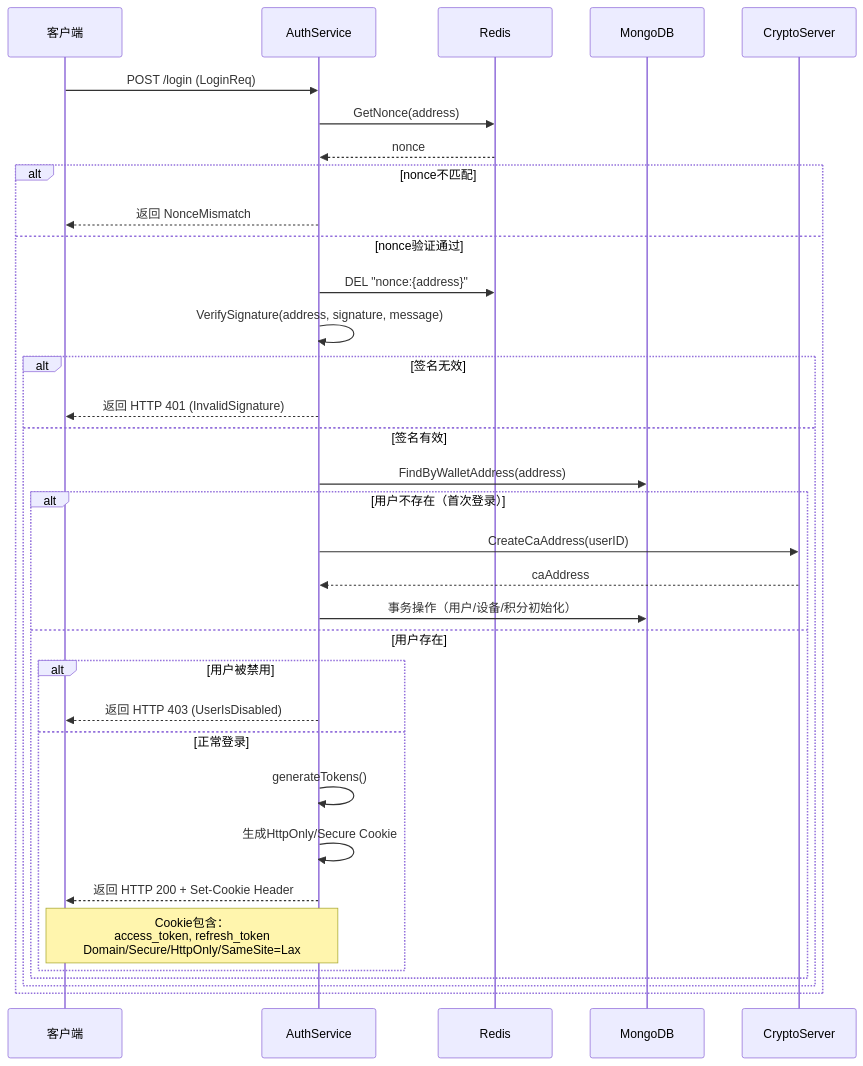
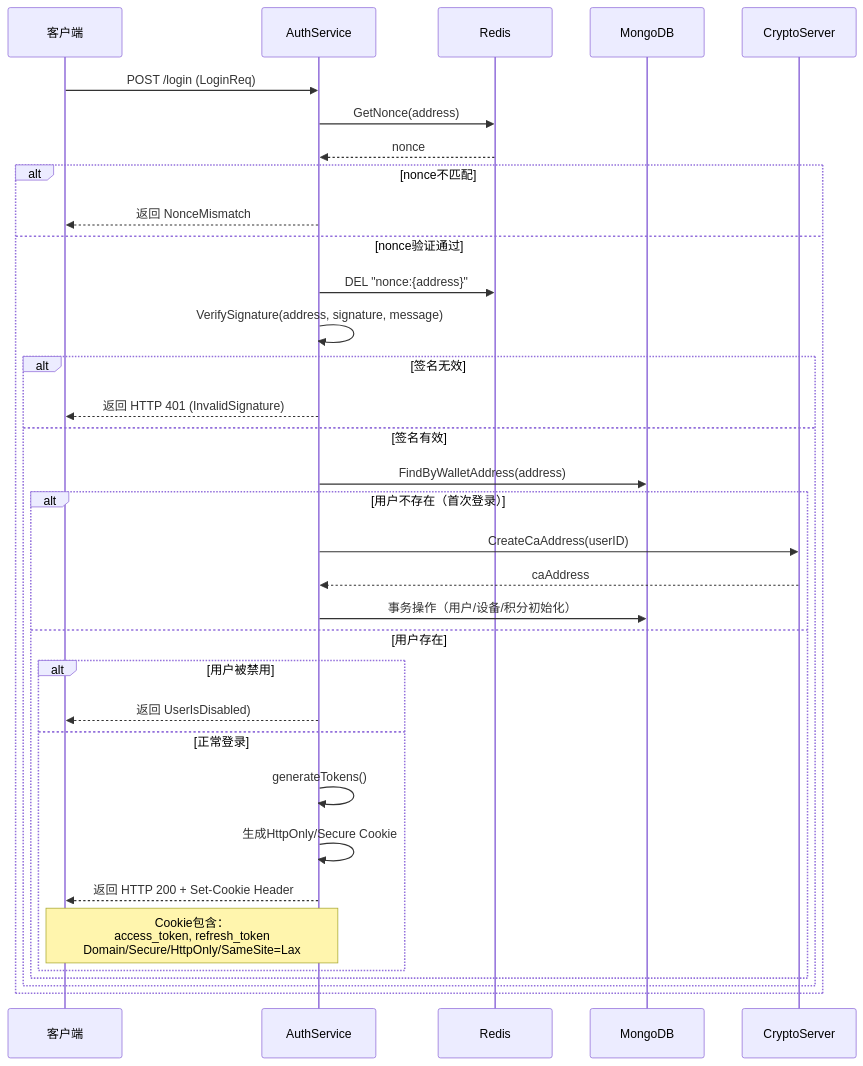
One commit to yingjianzh/iodraw-files changed the diagram in all/未命名-2.md. Above: the diagram before and after it, drawn with Mermaid.

Commit message:
2025-09-09 11:32:24 update

````diff
--- a/all/未命名-2.md
+++ b/all/未命名-2.md
@@ -1,37 +1,37 @@
 ```mermaid
 sequenceDiagram
     participant Client as 客户端
     participant AuthService as AuthService
     participant Redis as Redis
     participant MongoDB as MongoDB
     participant CryptoServer as CryptoServer
 
     Client->>AuthService: POST /login (LoginReq)
     AuthService->>Redis: GetNonce(address)
     Redis-->>AuthService: nonce
     alt nonce不匹配
         AuthService-->>Client: 返回 NonceMismatch 
     else nonce验证通过
         AuthService->>Redis: DEL "nonce:{address}" 
         AuthService->>AuthService: VerifySignature(address, signature, message)
         alt 签名无效
             AuthService-->>Client: 返回 HTTP 401 (InvalidSignature)
         else 签名有效
             AuthService->>MongoDB: FindByWalletAddress(address)
             alt 用户不存在（首次登录）
                 AuthService->>CryptoServer: CreateCaAddress(userID)
                 CryptoServer-->>AuthService: caAddress
                 AuthService->>MongoDB: 事务操作（用户/设备/积分初始化）
             else 用户存在
                 alt 用户被禁用
-                    AuthService-->>Client: 返回 HTTP 403 (UserIsDisabled)
+                    AuthService-->>Client: 返回 UserIsDisabled)
                 else 正常登录
                     AuthService->>AuthService: generateTokens()
                     AuthService->>AuthService: 生成HttpOnly/Secure Cookie
                     AuthService-->>Client: 返回 HTTP 200 + Set-Cookie Header
                     Note over Client,AuthService: Cookie包含：<br>access_token, refresh_token<br>Domain/Secure/HttpOnly/SameSite=Lax
                 end
             end
         end
     end
 ```
````
